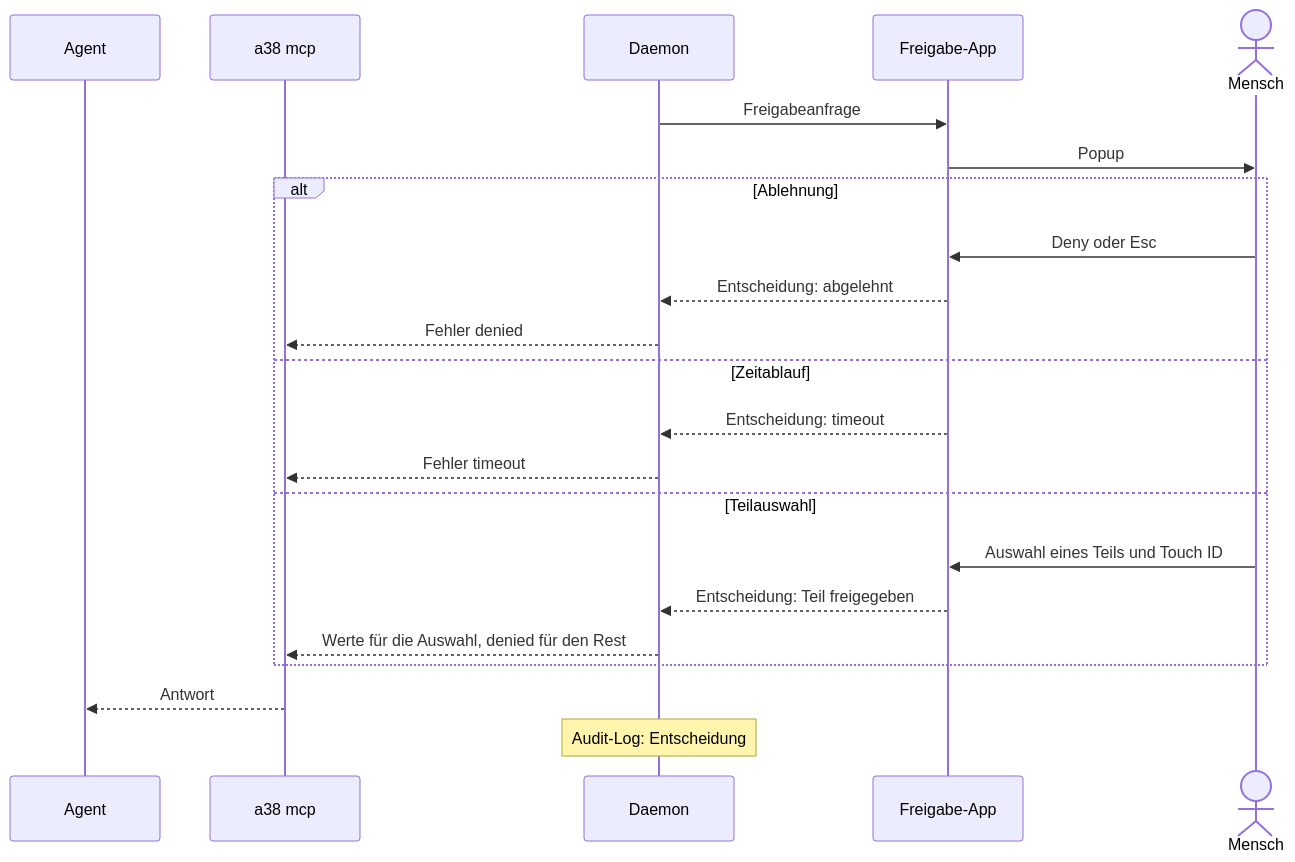
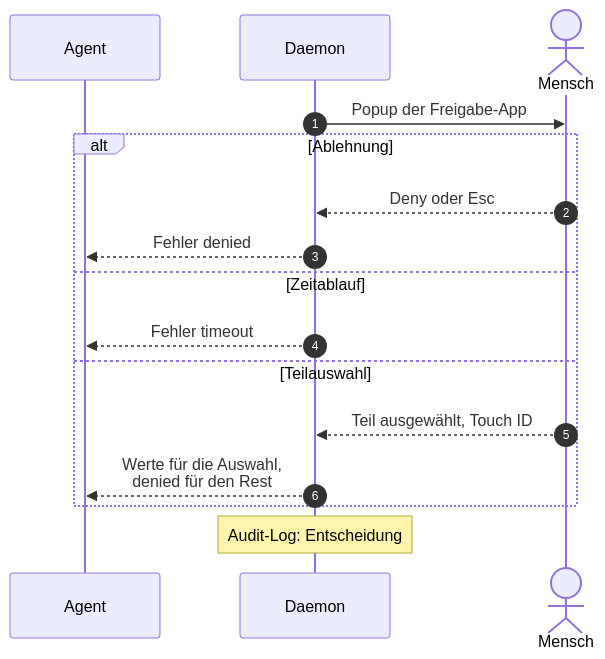
Before and after one commit to seletz/passierschein: the diagram in docs/design/use-cases/UC4_der-mensch-lehnt-eine-anfrage.md, drawn with Mermaid. The commit also changed 5 other files, not shown here.

Commit message:
docs(design): show the sequence diagram before the flow text and make it narrower

````diff
--- a/docs/design/use-cases/UC4_der-mensch-lehnt-eine-anfrage.md
+++ b/docs/design/use-cases/UC4_der-mensch-lehnt-eine-anfrage.md
@@ -28,24 +21,18 @@
 ```mermaid
 sequenceDiagram
+    autonumber
     participant A as Agent
-    participant M as a38 mcp
     participant D as Daemon
-    participant U as Freigabe-App
     actor H as Mensch
-    D->>U: Freigabeanfrage
-    U->>H: Popup
+    D->>H: Popup der Freigabe-App
     alt Ablehnung
-        H->>U: Deny oder Esc
-        U-->>D: Entscheidung: abgelehnt
-        D-->>M: Fehler denied
+        H-->>D: Deny oder Esc
+        D-->>A: Fehler denied
     else Zeitablauf
-        U-->>D: Entscheidung: timeout
-        D-->>M: Fehler timeout
+        D-->>A: Fehler timeout
     else Teilauswahl
-        H->>U: Auswahl eines Teils und Touch ID
-        U-->>D: Entscheidung: Teil freigegeben
-        D-->>M: Werte für die Auswahl, denied für den Rest
+        H-->>D: Teil ausgewählt, Touch ID
+        D-->>A: Werte für die Auswahl,<br/>denied für den Rest
     end
-    M-->>A: Antwort
     Note over D: Audit-Log: Entscheidung
 ```
````
